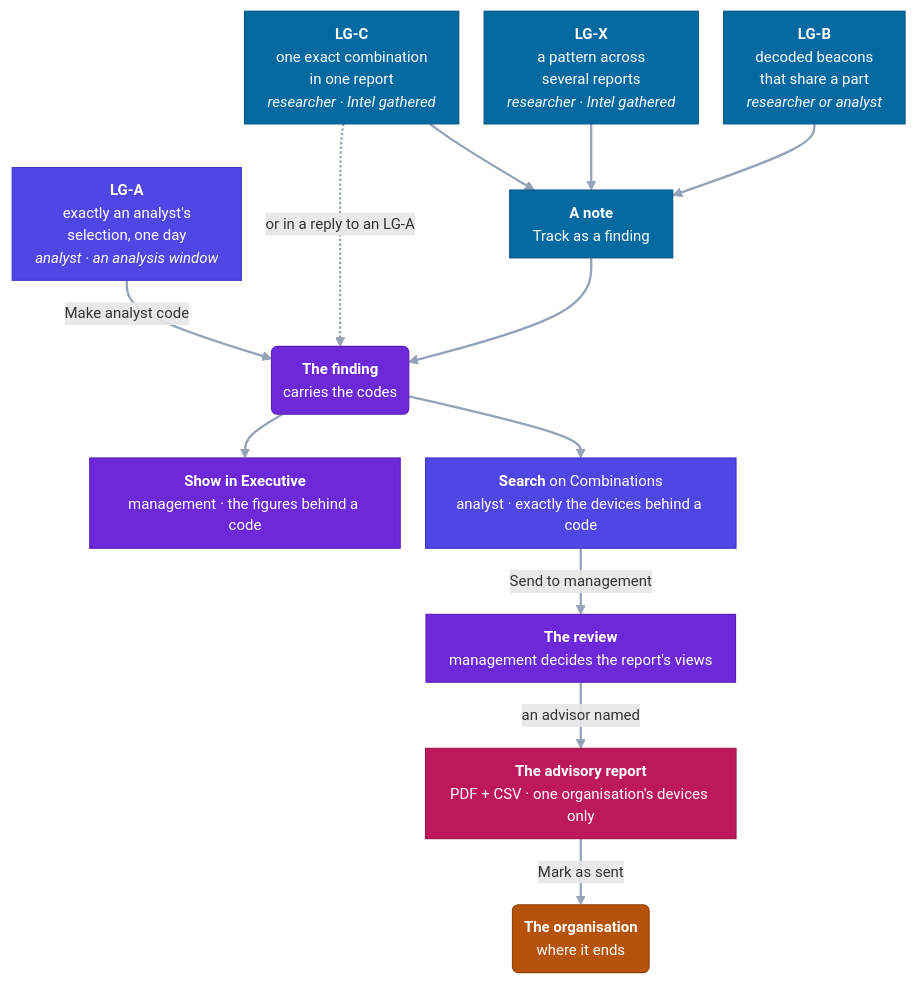
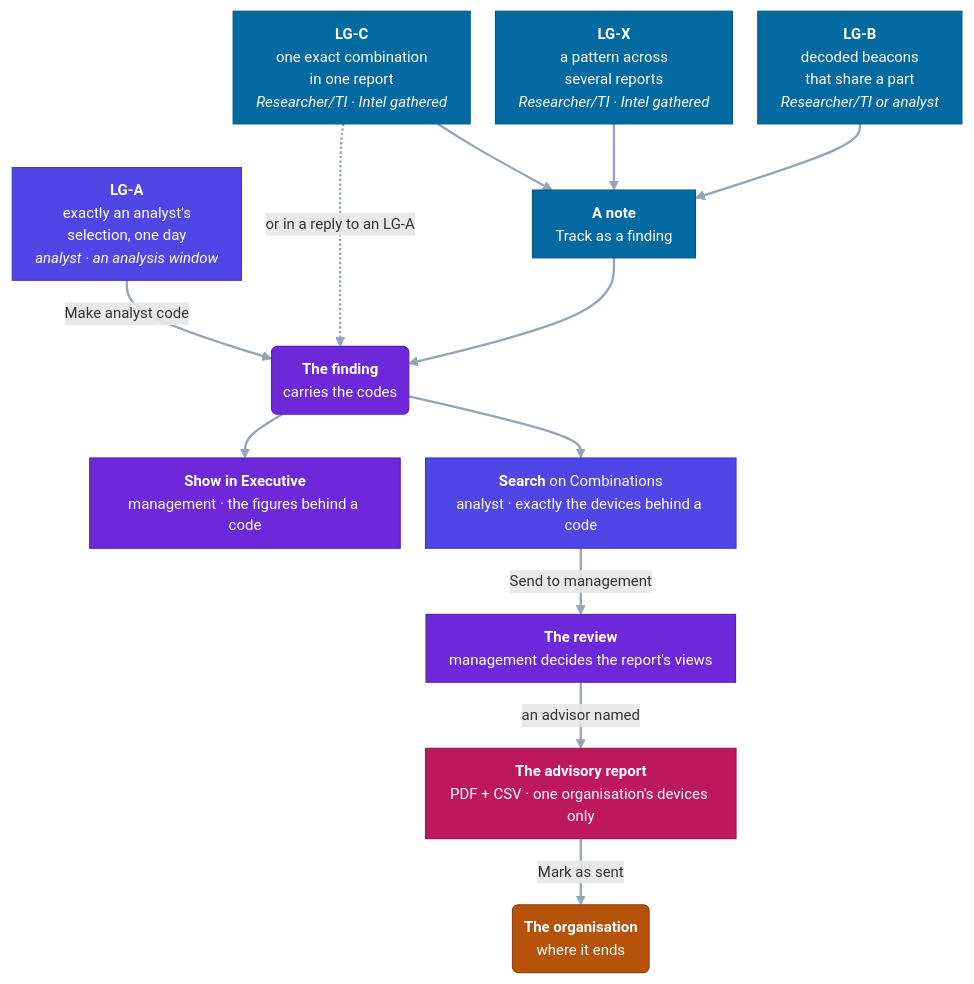
Before and after one commit to anonghosty/looking-glass: the second of 7 diagrams in docs/USE_CASES.md, drawn with Mermaid. The commit also changed other lines of this file and 159 other files, not shown here.

Commit message:
Update Looking Glass from Settings (signed release, backup, automatic roll back), choose how sign-in is checked, Caddy in front of a running installation in one command, no sign-in names in the pages, ATT&CK for nearly every report, and the Researcher/TI role name

````diff
--- a/docs/USE_CASES.md
+++ b/docs/USE_CASES.md
@@ -103,33 +103,33 @@
 ```mermaid
 %%{init: {"themeVariables": {"fontSize": "13px"}, "flowchart": {"curve": "basis", "nodeSpacing": 22, "rankSpacing": 38, "padding": 10, "wrappingWidth": 230}}}%%
 flowchart TD
-    CC["<b>LG-C</b><br/>one exact combination<br/>in one report<br/><i>researcher · Intel gathered</i>"]:::research
-    CX["<b>LG-X</b><br/>a pattern across<br/>several reports<br/><i>researcher · Intel gathered</i>"]:::research
-    CB["<b>LG-B</b><br/>decoded beacons<br/>that share a part<br/><i>researcher or analyst</i>"]:::research
+    CC["<b>LG-C</b><br/>one exact combination<br/>in one report<br/><i>Researcher/TI · Intel gathered</i>"]:::research
+    CX["<b>LG-X</b><br/>a pattern across<br/>several reports<br/><i>Researcher/TI · Intel gathered</i>"]:::research
+    CB["<b>LG-B</b><br/>decoded beacons<br/>that share a part<br/><i>Researcher/TI or analyst</i>"]:::research
     CA["<b>LG-A</b><br/>exactly an analyst's<br/>selection, one day<br/><i>analyst · an analysis window</i>"]:::analyst
     N["<b>A note</b><br/>Track as a finding"]:::research
     F("<b>The finding</b><br/>carries the codes"):::mgmt
     E["<b>Show in Executive</b><br/>management · the figures behind a code"]:::mgmt
     S["<b>Search</b> on Combinations<br/>analyst · exactly the devices behind a code"]:::analyst
     R["<b>The review</b><br/>management decides the report's views"]:::mgmt
     P["<b>The advisory report</b><br/>PDF + CSV · one organisation's devices only"]:::advisor
     O("<b>The organisation</b><br/>where it ends"):::ext
     CC --> N
     CX --> N
     CB --> N
     CA -- "Make analyst code" --> F
     CC -. "or in a reply to an LG-A" .-> F
     N --> F
     F --> E
     F --> S
     S -- "Send to management" --> R
     R -- "an advisor named" --> P
     P -- "Mark as sent" --> O
     classDef research fill:#0369a1,stroke:#075985,color:#fff
     classDef analyst fill:#4f46e5,stroke:#4338ca,color:#fff
     classDef mgmt fill:#6d28d9,stroke:#5b21b6,color:#fff
     classDef advisor fill:#be185d,stroke:#9d174d,color:#fff
     classDef closed fill:#475569,stroke:#334155,color:#fff
     classDef ext fill:#b45309,stroke:#92400e,color:#fff
     linkStyle default stroke:#94a3b8,stroke-width:2px
 ```
````
